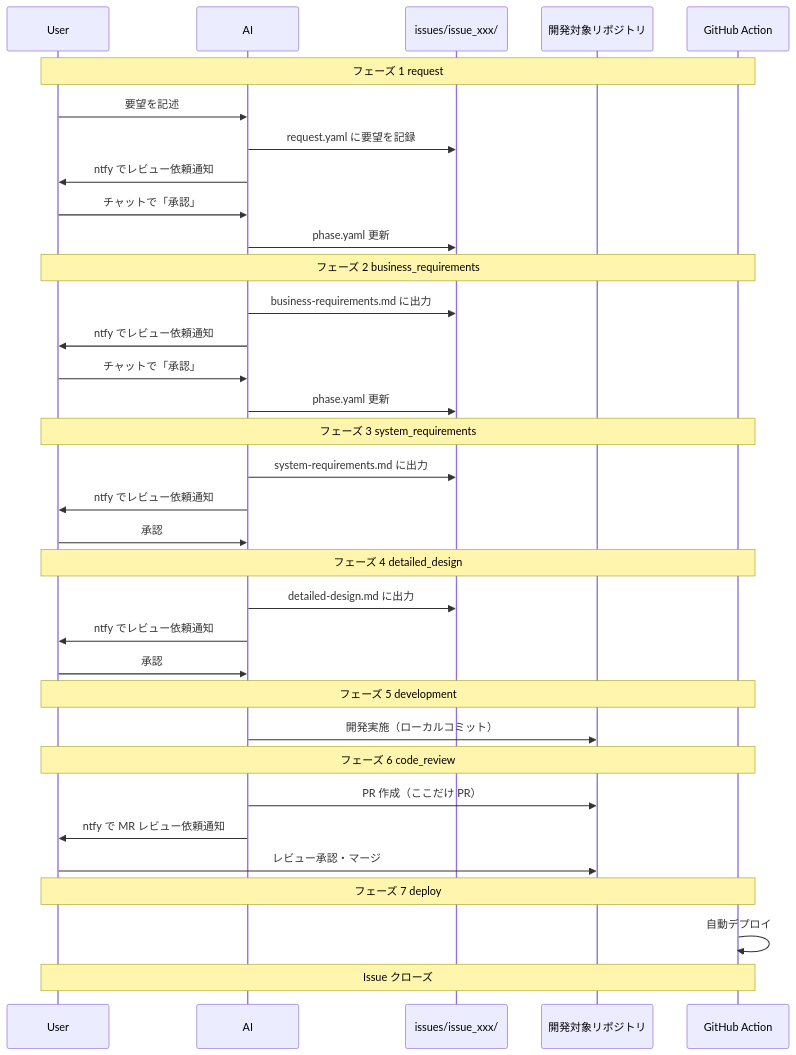
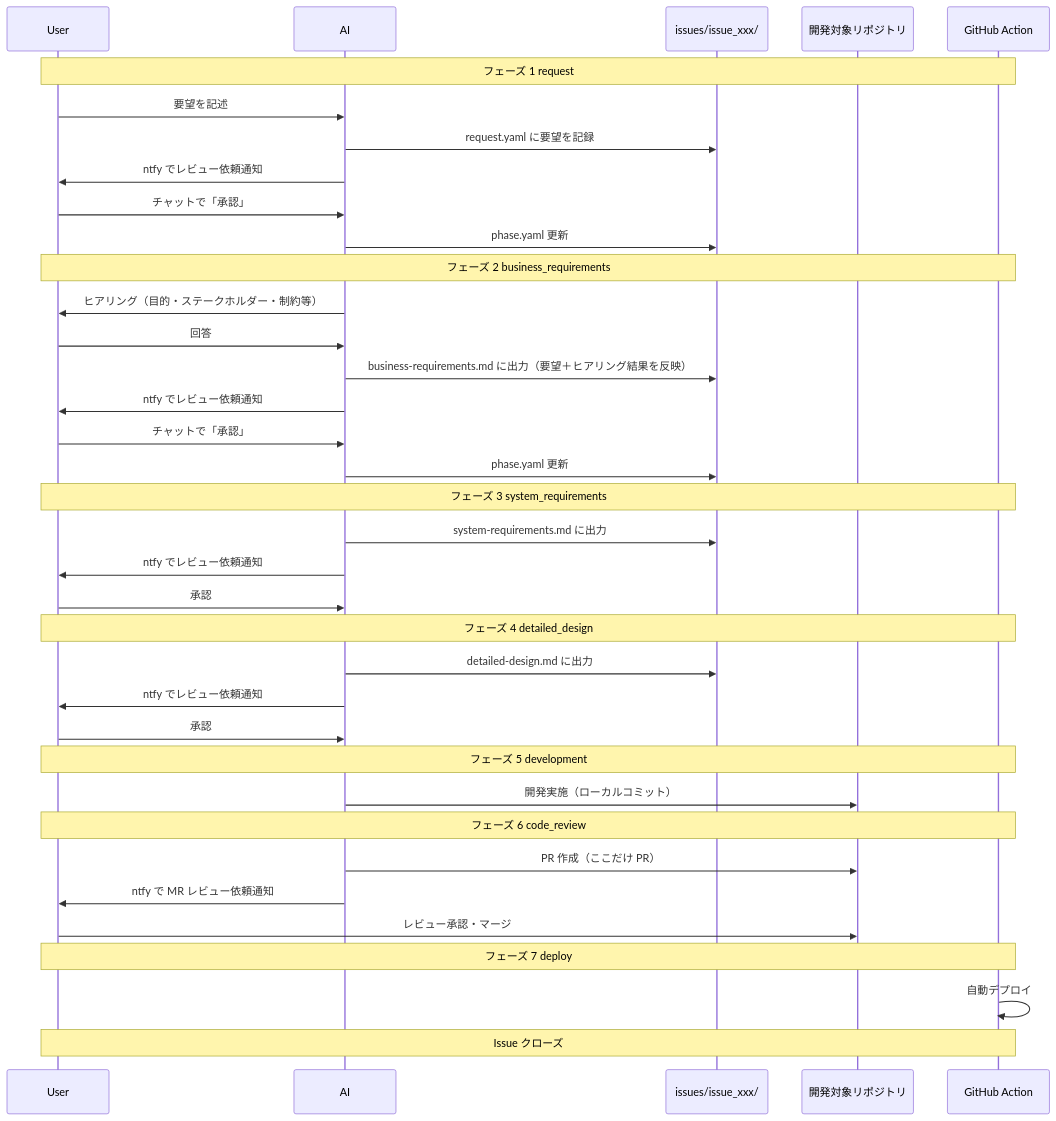
One commit to kuroweb/ai-workspace changed the diagram in .rulesync/skills/dev_workflow/references/flow.md. Above: the diagram before and after it, drawn with Mermaid. The commit also changed other lines of this file and 5 other files, not shown here.

First line of the commit message:
dev_workflow: phase 2 ブラッシュアップ（ヒアリング・テンプレート・flow 整合）

````diff
--- a/.rulesync/skills/dev_workflow/references/flow.md
+++ b/.rulesync/skills/dev_workflow/references/flow.md
@@ -14,43 +14,45 @@
 ```mermaid
 sequenceDiagram
   participant User as User
   participant AI as AI
   participant Local as issues/issue_xxx/
   participant Repo as 開発対象リポジトリ
   participant GA as GitHub Action
 
   Note over User,GA: フェーズ 1 request
   User->>AI: 要望を記述
   AI->>Local: request.yaml に要望を記録
   AI->>User: ntfy でレビュー依頼通知
   User->>AI: チャットで「承認」
   AI->>Local: phase.yaml 更新
 
   Note over User,GA: フェーズ 2 business_requirements
-  AI->>Local: business-requirements.md に出力
+  AI->>User: ヒアリング（目的・ステークホルダー・制約等）
+  User->>AI: 回答
+  AI->>Local: business-requirements.md に出力（要望＋ヒアリング結果を反映）
   AI->>User: ntfy でレビュー依頼通知
   User->>AI: チャットで「承認」
   AI->>Local: phase.yaml 更新
 
   Note over User,GA: フェーズ 3 system_requirements
   AI->>Local: system-requirements.md に出力
   AI->>User: ntfy でレビュー依頼通知
   User->>AI: 承認
 
   Note over User,GA: フェーズ 4 detailed_design
   AI->>Local: detailed-design.md に出力
   AI->>User: ntfy でレビュー依頼通知
   User->>AI: 承認
 
   Note over User,GA: フェーズ 5 development
   AI->>Repo: 開発実施（ローカルコミット）
 
   Note over User,GA: フェーズ 6 code_review
   AI->>Repo: PR 作成（ここだけ PR）
   AI->>User: ntfy で MR レビュー依頼通知
   User->>Repo: レビュー承認・マージ
 
   Note over User,GA: フェーズ 7 deploy
   GA->>GA: 自動デプロイ
   Note over User,GA: Issue クローズ
 ```
````
